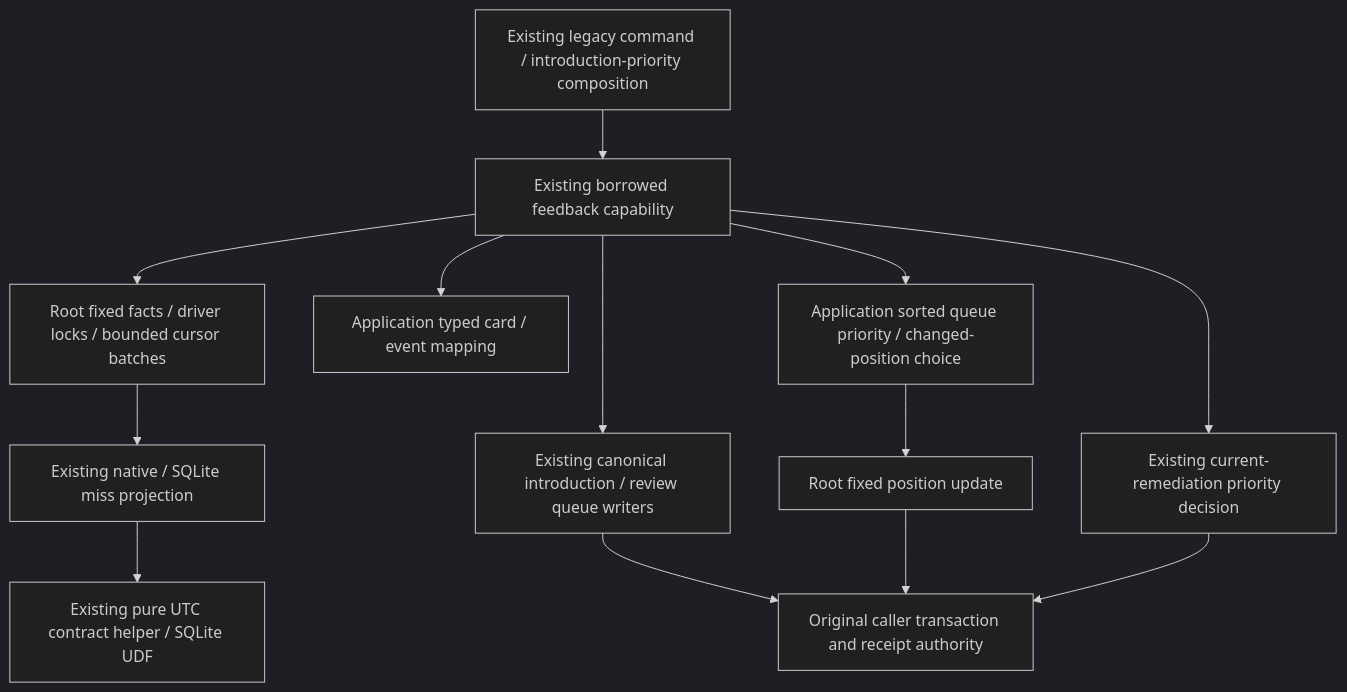
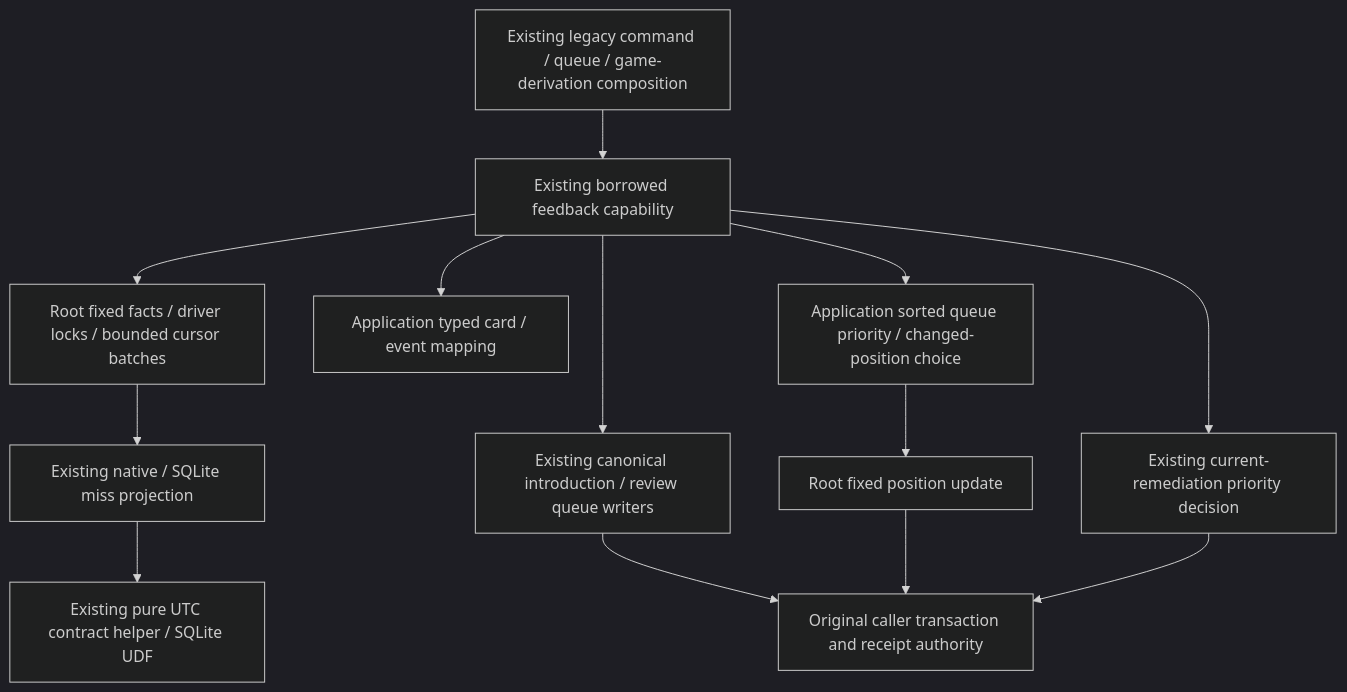
The diagram in database/tempo_legacy_database/adapters/README.md (aaweaver-actuary/tempo), drawn with Mermaid (dark theme) before and after one commit. The commit also changed other lines of this file and 19 other files, not shown here.

````diff
--- a/database/tempo_legacy_database/adapters/README.md
+++ b/database/tempo_legacy_database/adapters/README.md
@@ -94,15 +94,15 @@
 ```mermaid
 flowchart TD
-  caller[Existing legacy command / introduction-priority composition] --> capability[Existing borrowed feedback capability]
+  caller["Existing legacy command / queue / game-derivation composition"] --> capability[Existing borrowed feedback capability]
   capability --> facts[Root fixed facts / driver locks / bounded cursor batches]
   capability --> typed[Application typed card / event mapping]
   capability --> plan[Application sorted queue priority / changed-position choice]
   plan --> write[Root fixed position update]
   capability --> queue[Existing canonical introduction / review queue writers]
   capability --> accepted[Existing current-remediation priority decision]
   facts --> projection[Existing native / SQLite miss projection]
   projection --> utc[Existing pure UTC contract helper / SQLite UDF]
   queue --> tx[Original caller transaction and receipt authority]
   write --> tx
   accepted --> tx
 ```
````
